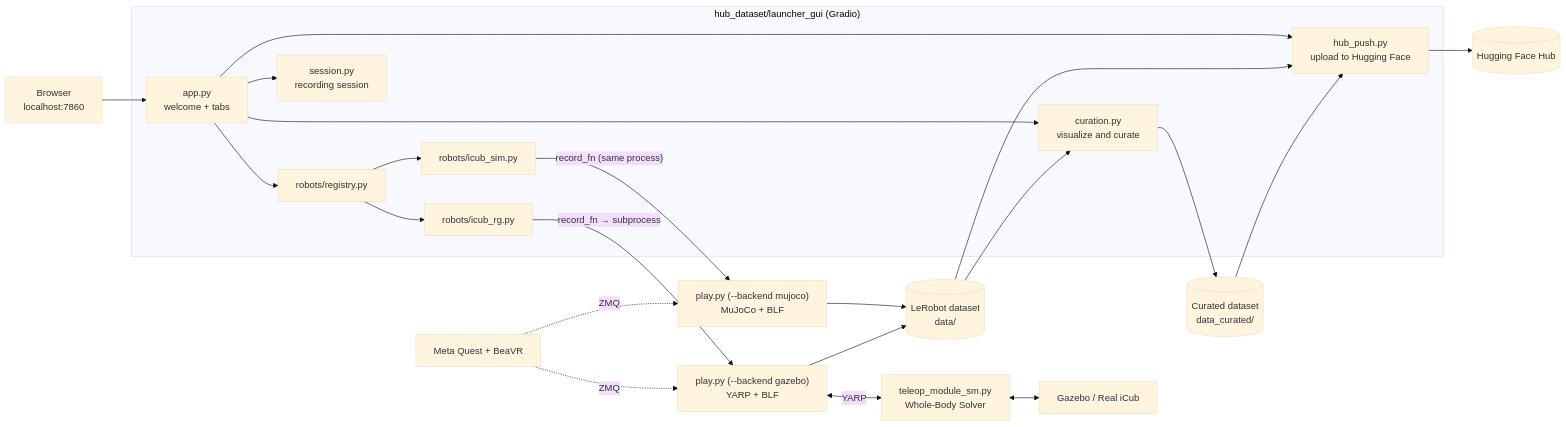
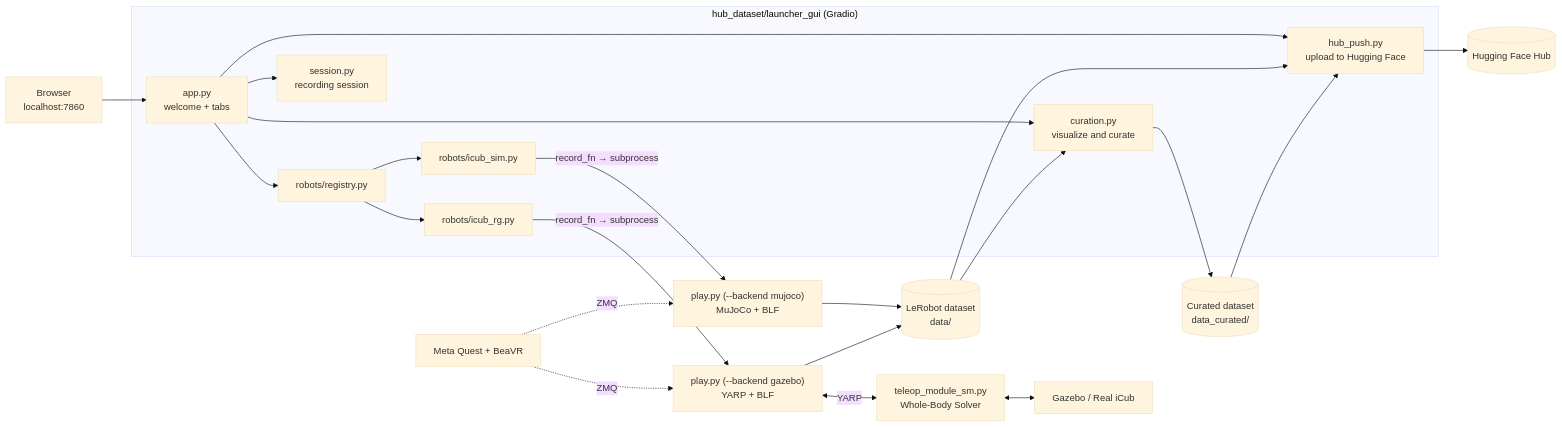
The diagram in README.md (mkloviiin/PMM_Final), drawn with Mermaid (base theme) before and after one commit. The commit also changed other lines of this file and 17 other files, not shown here.

````diff
--- a/README.md
+++ b/README.md
@@ -195,26 +263,26 @@
 ```mermaid
 flowchart LR
     U["Browser<br/>localhost:7860"] --> APP
 
     subgraph HUB["hub_dataset/launcher_gui (Gradio)"]
         APP["app.py<br/>welcome + tabs"] --> REG["robots/registry.py"]
         APP --> SES["session.py<br/>recording session"]
         APP --> CUR["curation.py<br/>visualize and curate"]
         APP --> PUSH["hub_push.py<br/>upload to Hugging Face"]
         REG --> SIM["robots/icub_sim.py"]
         REG --> RG["robots/icub_rg.py"]
     end
 
-    SIM -- "record_fn (same process)" --> PMJ["play.py (--backend mujoco)<br/>MuJoCo + BLF"]
+    SIM -- "record_fn → subprocess" --> PMJ["play.py (--backend mujoco)<br/>MuJoCo + BLF"]
     RG -- "record_fn → subprocess" --> PGZ["play.py (--backend gazebo)<br/>YARP + BLF"]
     PGZ <-->|YARP| YM["teleop_module_sm.py<br/>Whole-Body Solver"]
     YM <--> ROBOT["Gazebo / Real iCub"]
     VR["Meta Quest + BeaVR"] -. ZMQ .-> PMJ
     VR -. ZMQ .-> PGZ
 
     PMJ --> DS[("LeRobot dataset<br/>data/")]
     PGZ --> DS
     DS --> CUR --> DC[("Curated dataset<br/>data_curated/")]
     DS --> PUSH
     DC --> PUSH --> HF[("Hugging Face Hub")]
 ```
````
